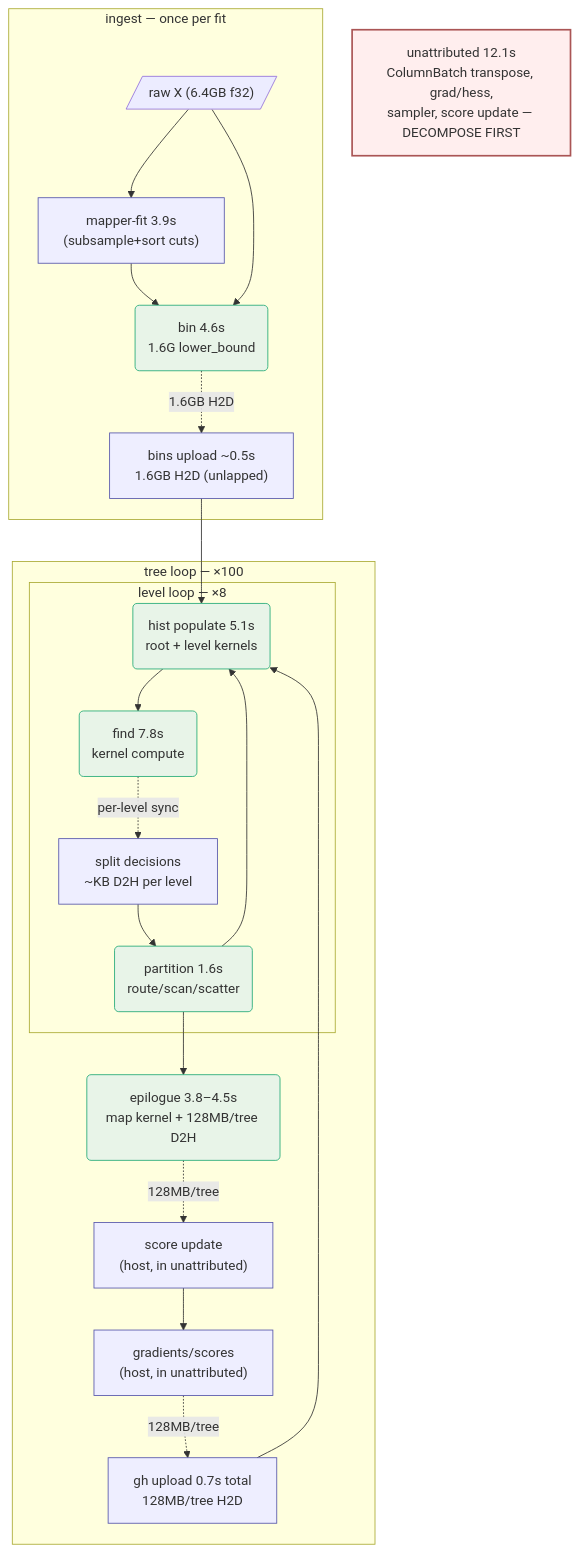
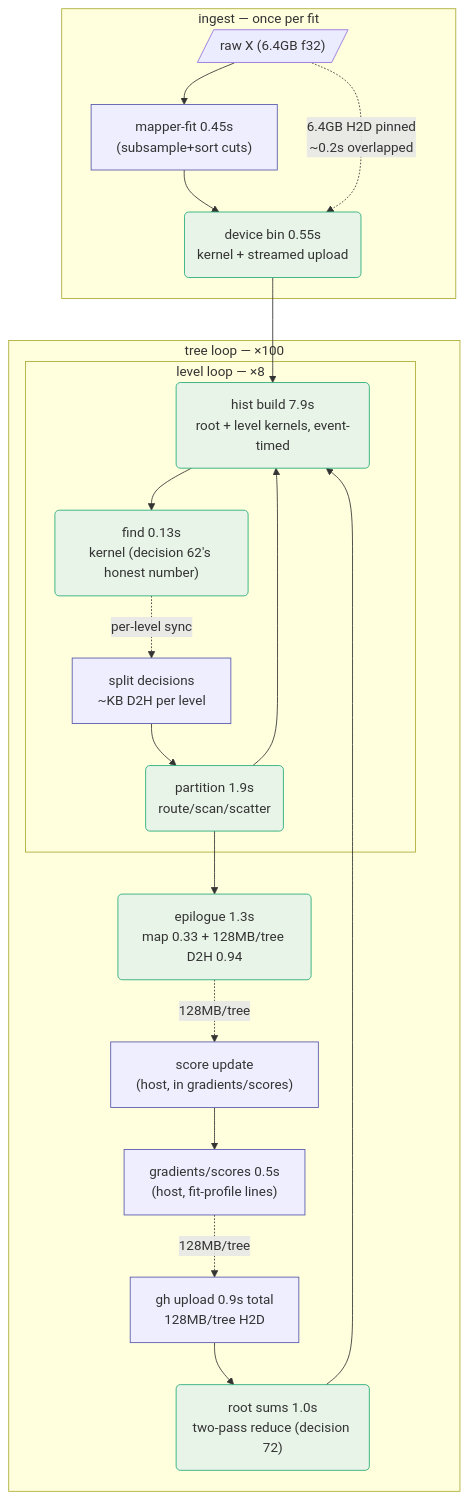
One commit to daniel-m-campos/bonsai changed the first of 2 diagrams in docs/architecture/16-compute-dag.md. Above: the diagram before and after it, drawn with Mermaid. The commit also changed other lines of this file and 9 other files, not shown here.

````diff
--- a/docs/architecture/16-compute-dag.md
+++ b/docs/architecture/16-compute-dag.md
@@ -15,38 +15,33 @@
 ```mermaid
 flowchart TD
     subgraph ingest [ingest — once per fit]
         X[/"raw X (6.4GB f32)"/]
-        MF["mapper-fit 3.9s\n(subsample+sort cuts)"]
-        BIN("bin 4.6s\n1.6G lower_bound")
-        UP["bins upload ~0.5s\n1.6GB H2D (unlapped)"]
+        MF["mapper-fit 0.45s\n(subsample+sort cuts)"]
+        BIN("device bin 0.55s\nkernel + streamed upload")
         X --> MF --> BIN
-        X --> BIN
-        BIN -. "1.6GB H2D" .-> UP
+        X -. "6.4GB H2D pinned\n~0.2s overlapped" .-> BIN
     end
 
     subgraph tree ["tree loop — ×100"]
-        GH["gradients/scores\n(host, in unattributed)"]
-        GHUP["gh upload 0.7s total\n128MB/tree H2D"]
+        GH["gradients/scores 0.5s\n(host, fit-profile lines)"]
+        GHUP["gh upload 0.9s total\n128MB/tree H2D"]
         subgraph level ["level loop — ×8"]
-            POP("hist populate 5.1s\nroot + level kernels")
-            FIND("find 7.8s\nkernel compute")
+            POP("hist build 7.9s\nroot + level kernels, event-timed")
+            FIND("find 0.13s\nkernel (decision 62's honest number)")
             DEC["split decisions\n~KB D2H per level"]
-            PART("partition 1.6s\nroute/scan/scatter")
+            PART("partition 1.9s\nroute/scan/scatter")
         end
-        EPI("epilogue 3.8–4.5s\nmap kernel + 128MB/tree D2H")
-        SU["score update\n(host, in unattributed)"]
-        GH -. "128MB/tree" .-> GHUP --> POP
-        UP --> POP
+        RS("root sums 1.0s\ntwo-pass reduce (decision 72)")
+        EPI("epilogue 1.3s\nmap 0.33 + 128MB/tree D2H 0.94")
+        SU["score update\n(host, in gradients/scores)"]
+        GH -. "128MB/tree" .-> GHUP --> RS --> POP
+        BIN --> POP
         POP --> FIND -. "per-level sync" .-> DEC --> PART --> POP
         PART --> EPI -. "128MB/tree" .-> SU --> GH
     end
 
-    UNATTR["unattributed 12.1s\nColumnBatch transpose, grad/hess,\nsampler, score update — DECOMPOSE FIRST"]
-
     classDef dev fill:#e8f4e8,stroke:#2a7,stroke-width:1px
     classDef host fill:#eef,stroke:#55a,stroke-width:1px
-    classDef dark fill:#fee,stroke:#a55,stroke-width:2px
-    class POP,FIND,PART,EPI,BIN dev
-    class MF,GH,SU,DEC,UP,GHUP host
-    class UNATTR dark
+    class POP,FIND,PART,EPI,BIN,RS dev
+    class MF,GH,SU,DEC,GHUP host
 ```
````
